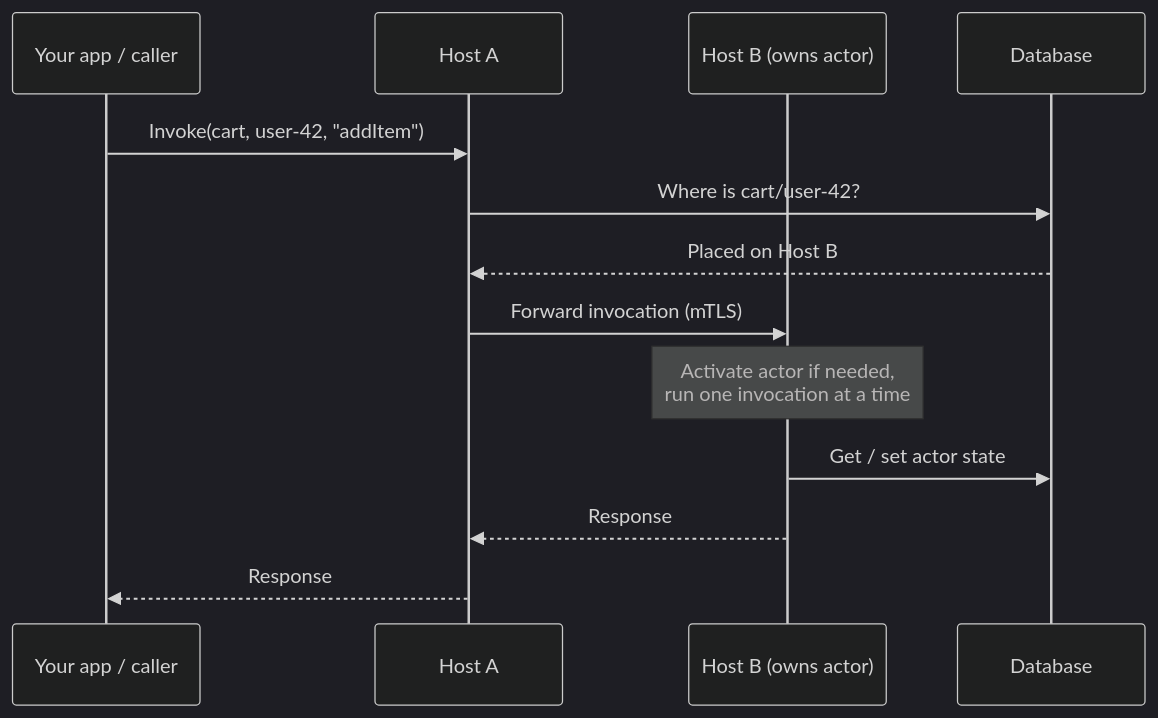
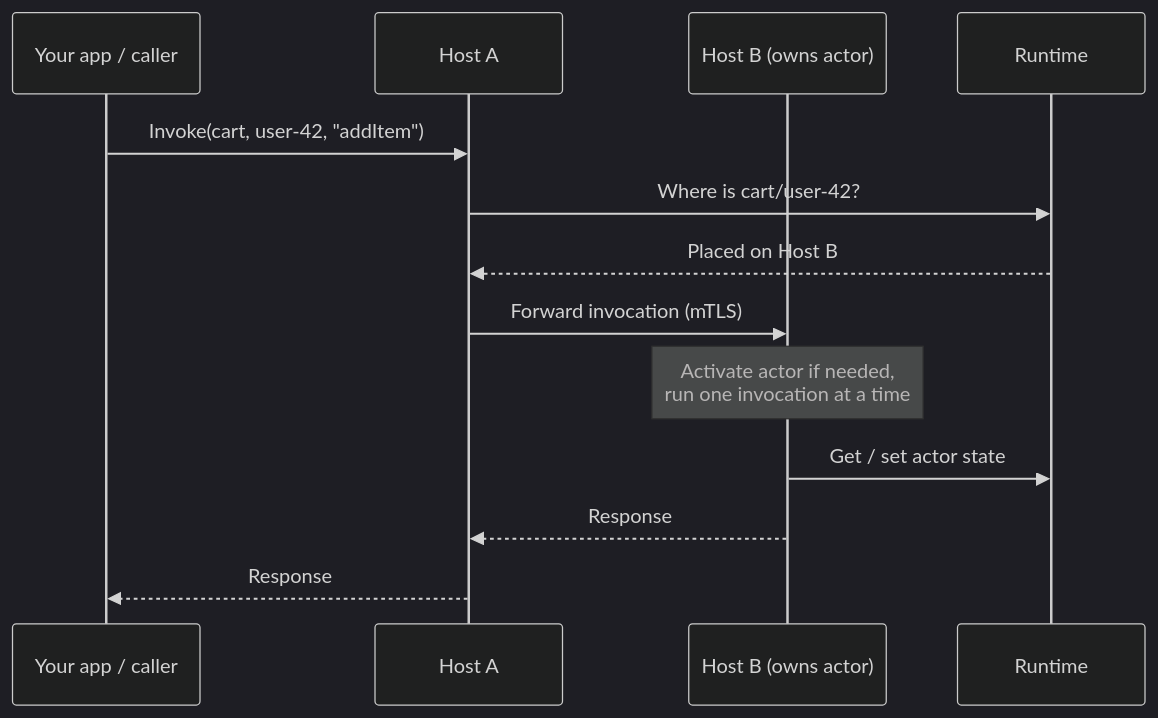
The diagram in docs/content/docs/what-is-francis.md (ItalyPaleAle/francis), drawn with Mermaid (dark theme) before and after one commit.

Commit message:
Small tweaks

````diff
--- a/docs/content/docs/what-is-francis.md
+++ b/docs/content/docs/what-is-francis.md
@@ -39,16 +39,16 @@
 ```mermaid
 sequenceDiagram
     participant App as Your app / caller
     participant H1 as Host A
     participant H2 as Host B (owns actor)
-    participant DB as Database
+    participant DB as Runtime
 
     App->>H1: Invoke(cart, user-42, "addItem")
     H1->>DB: Where is cart/user-42?
     DB-->>H1: Placed on Host B
     H1->>H2: Forward invocation (mTLS)
     Note over H2: Activate actor if needed,<br/>run one invocation at a time
     H2->>DB: Get / set actor state
     H2-->>H1: Response
     H1-->>App: Response
 ```
````
